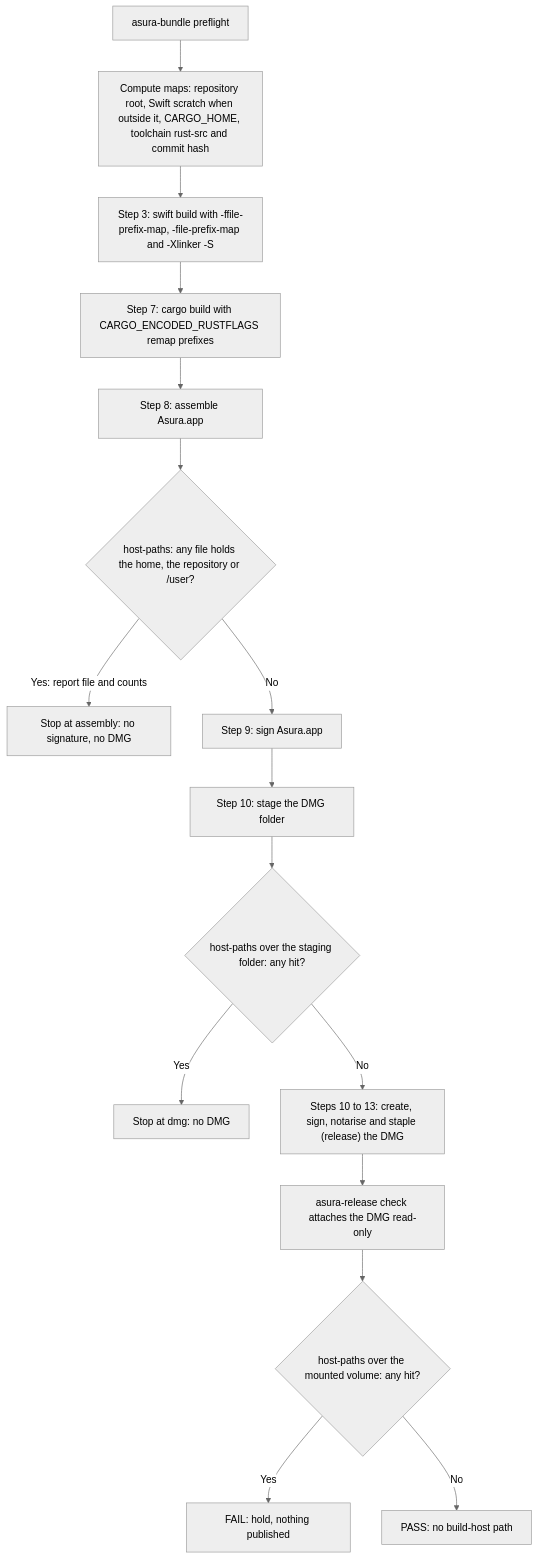
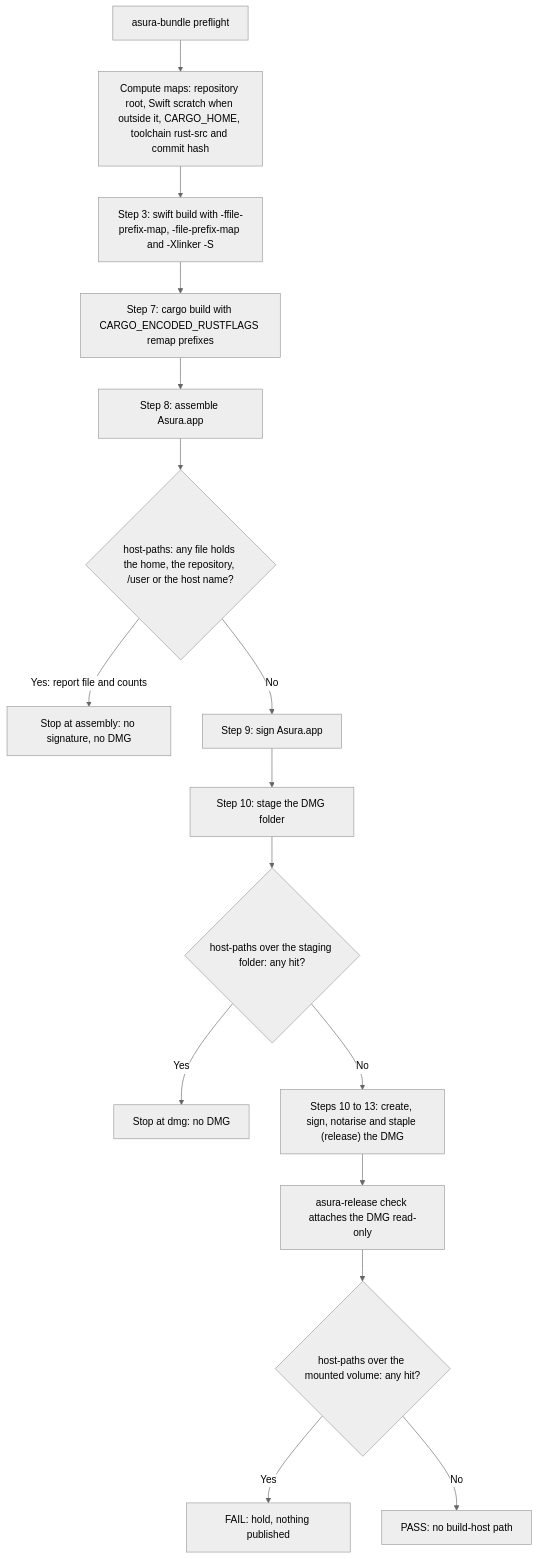
One commit to pidster/asura changed the seventh of 18 diagrams in docs/designs/release-signing.md. Above: the diagram before and after it, drawn with Mermaid (neutral theme). The commit also changed other lines of this file and 12 other files, not shown here.

````diff
--- a/docs/designs/release-signing.md
+++ b/docs/designs/release-signing.md
@@ -1012,18 +1017,18 @@
 ```mermaid
 flowchart TD
     Pre["asura-bundle preflight"] --> Maps["Compute maps: repository root, Swift scratch when outside it, CARGO_HOME, toolchain rust-src and commit hash"]
     Maps --> SB["Step 3: swift build with -ffile-prefix-map, -file-prefix-map and -Xlinker -S"]
     SB --> CB["Step 7: cargo build with CARGO_ENCODED_RUSTFLAGS remap prefixes"]
     CB --> Asm["Step 8: assemble Asura.app"]
-    Asm --> Scan{"host-paths: any file holds the home, the repository or /user?"}
+    Asm --> Scan{"host-paths: any file holds the home, the repository, /user or the host name?"}
     Scan -->|"Yes: report file and counts"| Stop["Stop at assembly: no signature, no DMG"]
     Scan -->|No| Sign["Step 9: sign Asura.app"]
     Sign --> Stage["Step 10: stage the DMG folder"]
     Stage --> Scan3{"host-paths over the staging folder: any hit?"}
     Scan3 -->|Yes| Stop2["Stop at dmg: no DMG"]
     Scan3 -->|No| Img["Steps 10 to 13: create, sign, notarise and staple (release) the DMG"]
     Img --> Chk["asura-release check attaches the DMG read-only"]
     Chk --> Scan2{"host-paths over the mounted volume: any hit?"}
     Scan2 -->|Yes| Fail["FAIL: hold, nothing published"]
     Scan2 -->|No| Pass["PASS: no build-host path"]
 ```
````
